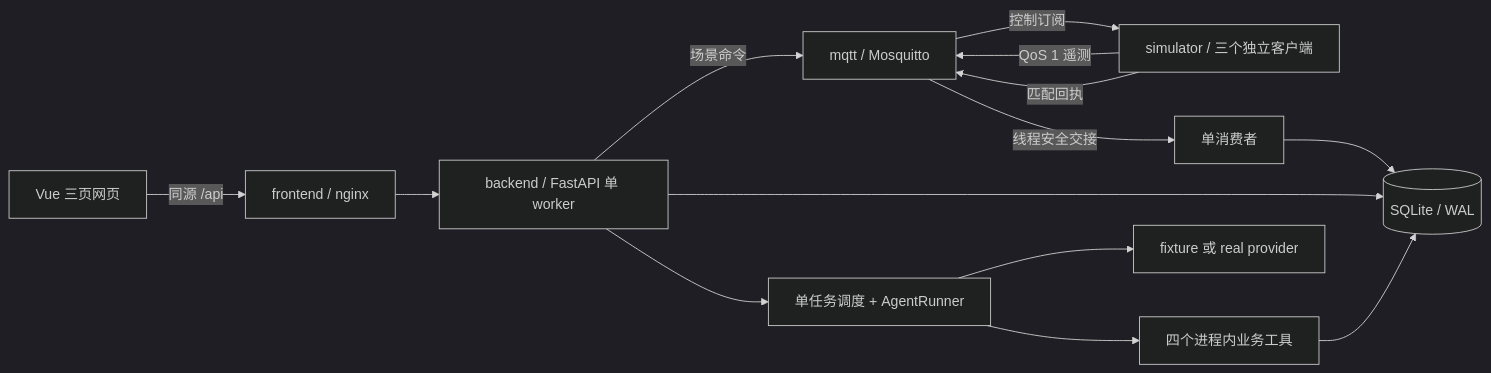
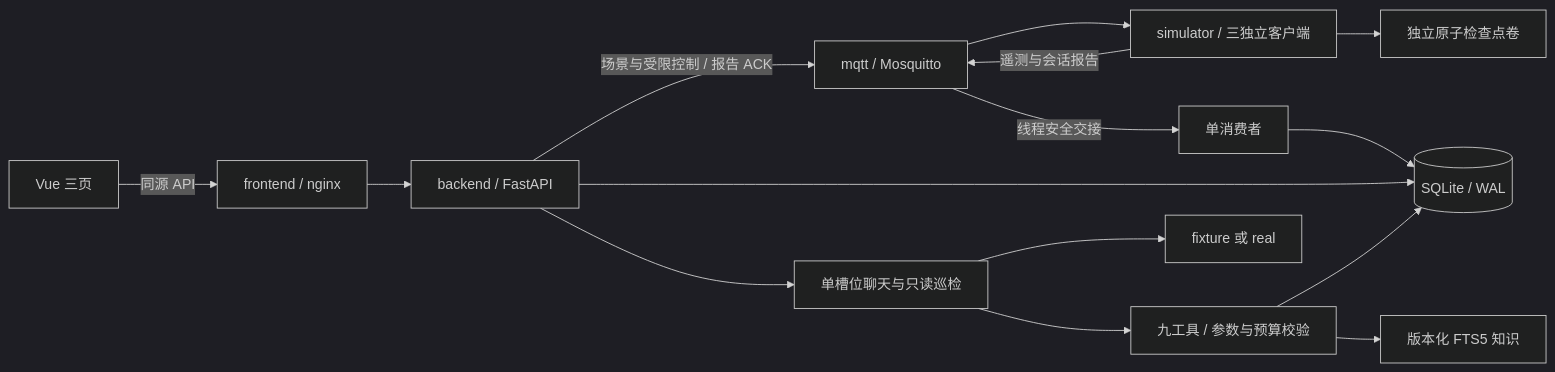
The diagram in docs/architecture.md (weklike/AI_IoT_Agent), drawn with Mermaid (dark theme) before and after one commit. The commit also changed other lines of this file and 17 other files, not shown here.

````diff
--- a/docs/architecture.md
+++ b/docs/architecture.md
@@ -5,16 +5,17 @@
 ```mermaid
 flowchart LR
-    Browser[Vue 三页网页] -->|同源 /api| Nginx[frontend / nginx]
-    Nginx --> Backend[backend / FastAPI 单 worker]
-    Simulator[simulator / 三个独立客户端] -->|QoS 1 遥测| MQTT[mqtt / Mosquitto]
-    Backend -->|场景命令| MQTT
-    MQTT -->|控制订阅| Simulator
-    Simulator -->|匹配回执| MQTT
+    Browser[Vue 三页] -->|同源 API| Nginx[frontend / nginx]
+    Nginx --> Backend[backend / FastAPI]
+    Simulator[simulator / 三独立客户端] -->|遥测与会话报告| MQTT[mqtt / Mosquitto]
+    Backend -->|场景与受限控制 / 报告 ACK| MQTT
+    MQTT --> Simulator
     MQTT -->|线程安全交接| Consumer[单消费者]
     Consumer --> SQLite[(SQLite / WAL)]
     Backend --> SQLite
-    Backend --> Runner[单任务调度 + AgentRunner]
-    Runner --> Tools[四个进程内业务工具]
+    Backend --> Runner[单槽位聊天与只读巡检]
+    Runner --> Tools[九工具 / 参数与预算校验]
     Tools --> SQLite
-    Runner --> Provider[fixture 或 real provider]
+    Tools --> FTS[版本化 FTS5 知识]
+    Runner --> Provider[fixture 或 real]
+    Simulator --> State[独立原子检查点卷]
 ```
````
